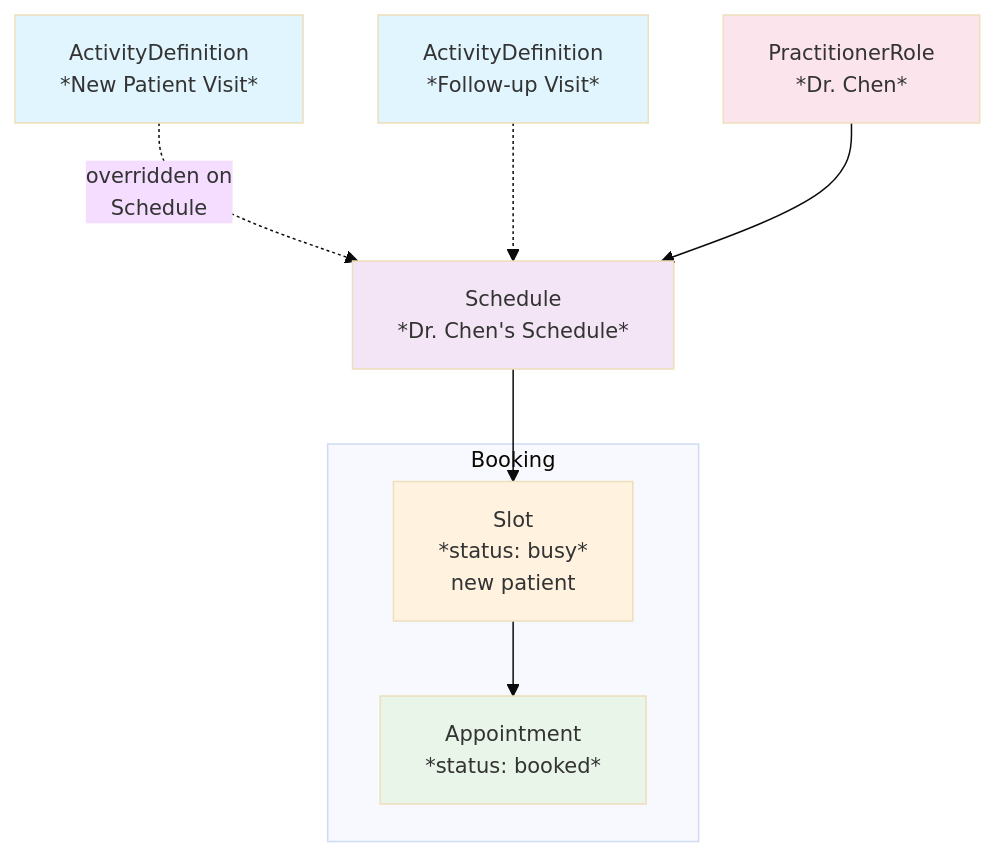
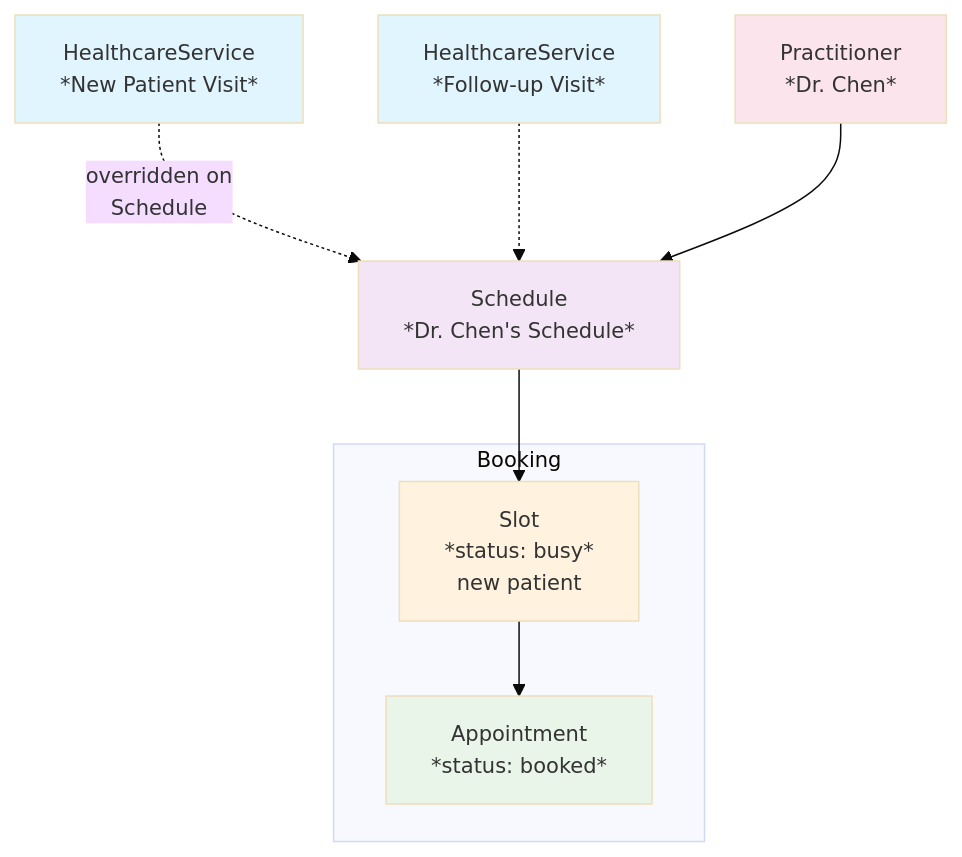
One commit to codyebberson/medplum-hugo-docs changed the third of 5 diagrams in content/docs/scheduling/defining-availability.md. Above: the diagram before and after it, drawn with Mermaid. The commit also changed other lines of this file and 371 other files, not shown here.

````diff
--- a/content/docs/scheduling/defining-availability.md
+++ b/content/docs/scheduling/defining-availability.md
@@ -817,20 +485,20 @@
 ```mermaid
 %%{init: {'theme':'base', 'themeVariables': {'fontSize':'14px'}, 'flowchart': {'useMaxWidth': false, 'htmlLabels': true}}}%%
 graph TD
-    A1[ActivityDefinition<br/>*New Patient Visit*] -. overridden on<br/>Schedule .-> B[Schedule<br/>*Dr. Chen's Schedule*]
-    A2[ActivityDefinition<br/>*Follow-up Visit*] -.-> B
-    C[PractitionerRole<br/>*Dr. Chen*] --> B
+    A1[HealthcareService<br/>*New Patient Visit*] -. overridden on<br/>Schedule .-> B[Schedule<br/>*Dr. Chen's Schedule*]
+    A2[HealthcareService<br/>*Follow-up Visit*] -.-> B
+    C[Practitioner<br/>*Dr. Chen*] --> B
 
     B --> D1[Slot<br/>*status: busy*<br/>new patient]
 
     subgraph "Booking"
         D1 --> E1[Appointment<br/>*status: booked*]
     end
 
     style A1 fill:#e1f5fe
     style A2 fill:#e1f5fe
     style B fill:#f3e5f5
     style C fill:#fce4ec
     style D1 fill:#fff3e0
     style E1 fill:#e8f5e8
 ```
````
